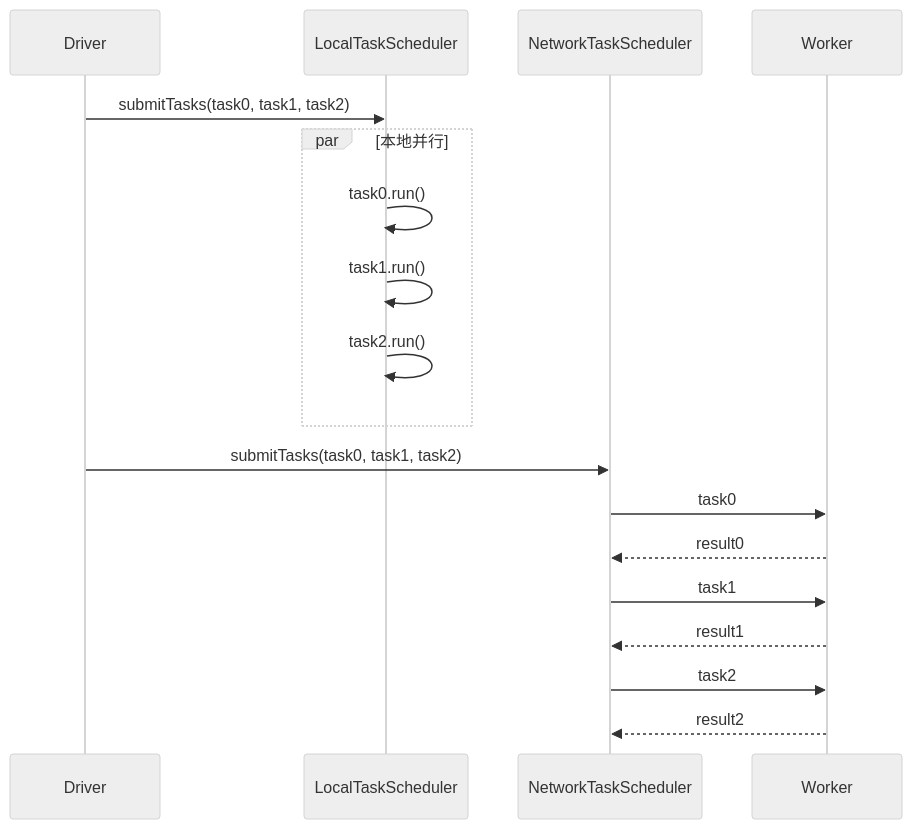
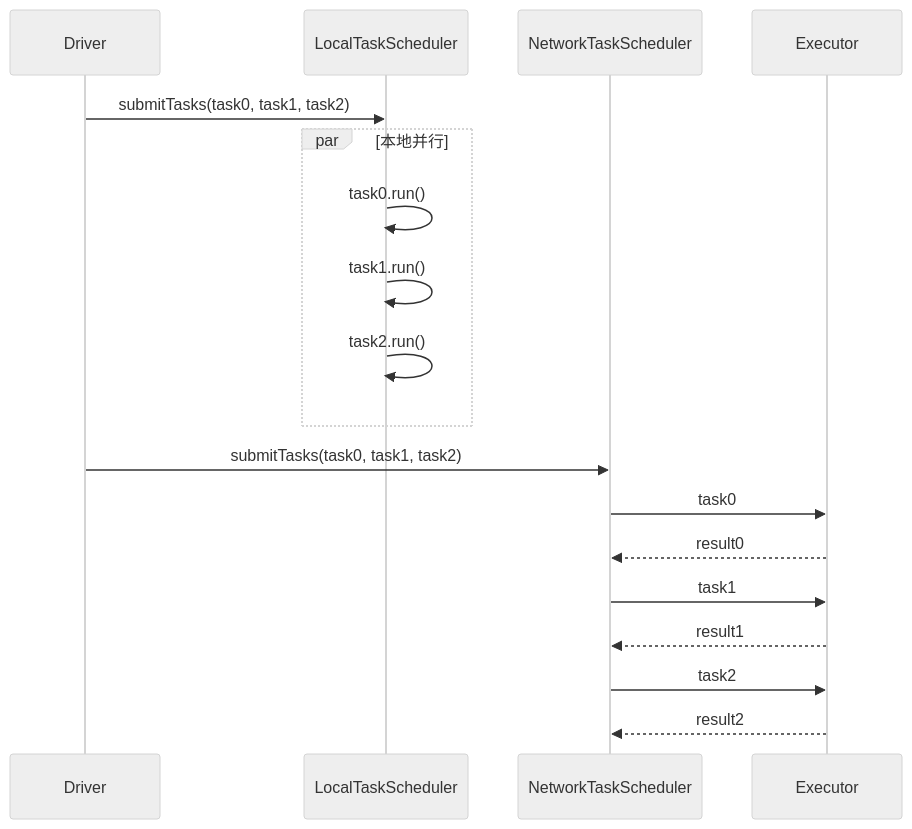
The eighth of 9 diagrams in content/docs/03-part3/ch09-network-rpc.md (rchaocai/mini-spark), drawn with Mermaid (neutral theme) before and after one commit. The commit also changed other lines of this file and 16 other files, not shown here.

````diff
--- a/content/docs/03-part3/ch09-network-rpc.md
+++ b/content/docs/03-part3/ch09-network-rpc.md
@@ -407,22 +663,22 @@
 ```mermaid
 sequenceDiagram
     participant D as Driver
     participant L as LocalTaskScheduler
     participant N as NetworkTaskScheduler
-    participant W as Worker
+    participant W as Executor
 
     D->>L: submitTasks(task0, task1, task2)
     par 本地并行
         L->>L: task0.run()
         L->>L: task1.run()
         L->>L: task2.run()
     end
 
     D->>N: submitTasks(task0, task1, task2)
     N->>W: task0
     W-->>N: result0
     N->>W: task1
     W-->>N: result1
     N->>W: task2
     W-->>N: result2
 ```
````
